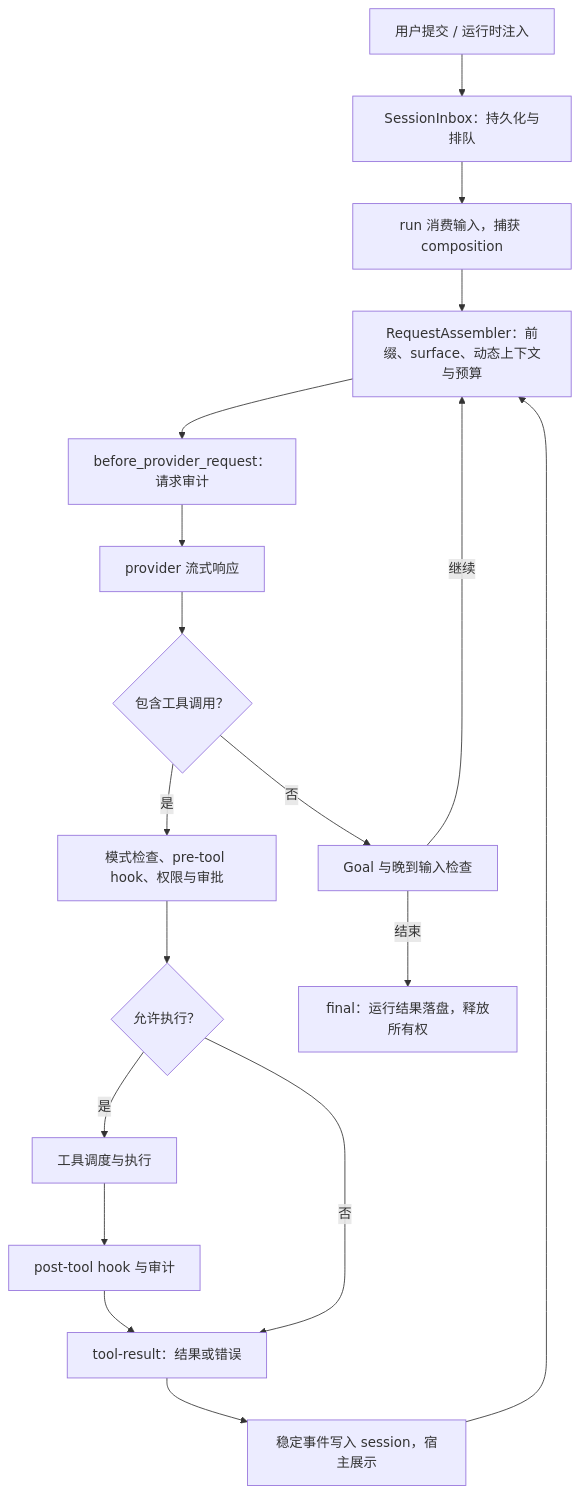
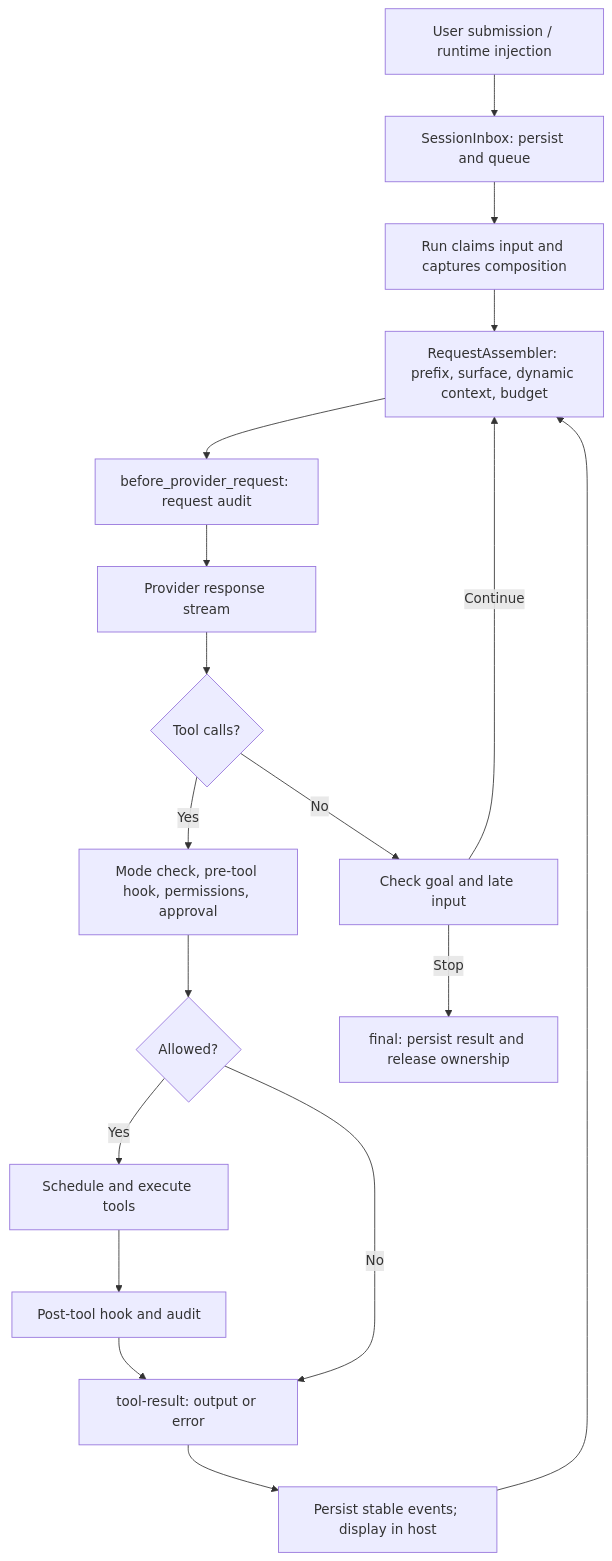
One commit to reddishJade/cade changed the diagram in docs/architecture.md. Above: the diagram before and after it, drawn with Mermaid. The commit also changed other lines of this file and 93 other files, not shown here.

````diff
--- a/docs/architecture.md
+++ b/docs/architecture.md
@@ -75,20 +44,20 @@
 ```mermaid
 flowchart TD
-    Input["用户提交 / 运行时注入"] --> Inbox["SessionInbox：持久化与排队"]
-    Inbox --> Claim["run 消费输入，捕获 composition"]
-    Claim --> Assemble["RequestAssembler：前缀、surface、动态上下文与预算"]
-    Assemble --> Audit["before_provider_request：请求审计"]
-    Audit --> Provider["provider 流式响应"]
-    Provider --> Calls{"包含工具调用？"}
-    Calls -->|是| Gate["模式检查、pre-tool hook、权限与审批"]
-    Gate --> Allowed{"允许执行？"}
-    Allowed -->|是| Tools["工具调度与执行"]
-    Tools --> Post["post-tool hook 与审计"]
-    Post --> Results["tool-result：结果或错误"]
-    Allowed -->|否| Results
-    Results --> Record["稳定事件写入 session，宿主展示"]
+    Input["User submission / runtime injection"] --> Inbox["SessionInbox: persist and queue"]
+    Inbox --> Claim["Run claims input and captures composition"]
+    Claim --> Assemble["RequestAssembler: prefix, surface, dynamic context, budget"]
+    Assemble --> Audit["before_provider_request: request audit"]
+    Audit --> Provider["Provider response stream"]
+    Provider --> Calls{"Tool calls?"}
+    Calls -->|Yes| Gate["Mode check, pre-tool hook, permissions, approval"]
+    Gate --> Allowed{"Allowed?"}
+    Allowed -->|Yes| Tools["Schedule and execute tools"]
+    Tools --> Post["Post-tool hook and audit"]
+    Post --> Results["tool-result: output or error"]
+    Allowed -->|No| Results
+    Results --> Record["Persist stable events; display in host"]
     Record --> Assemble
-    Calls -->|否| Finish["Goal 与晚到输入检查"]
-    Finish -->|继续| Assemble
-    Finish -->|结束| Final["final：运行结果落盘，释放所有权"]
+    Calls -->|No| Finish["Check goal and late input"]
+    Finish -->|Continue| Assemble
+    Finish -->|Stop| Final["final: persist result and release ownership"]
 ```
````
